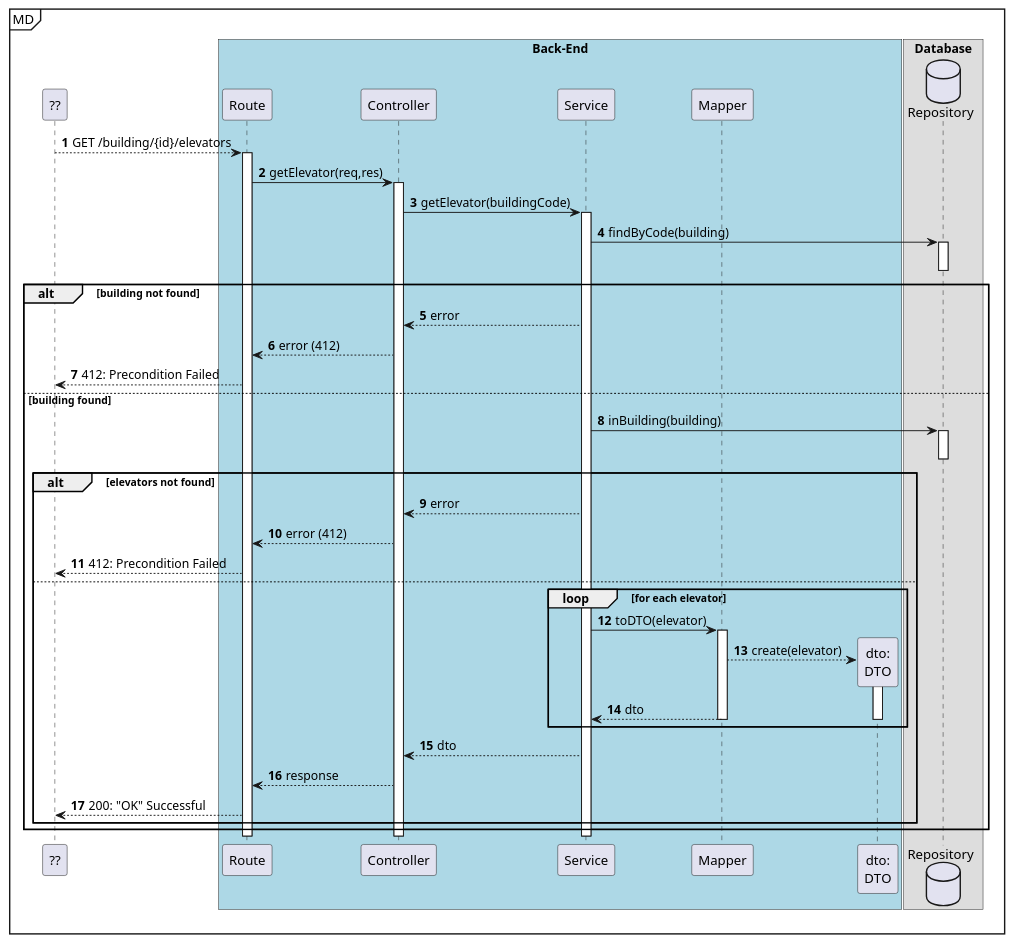
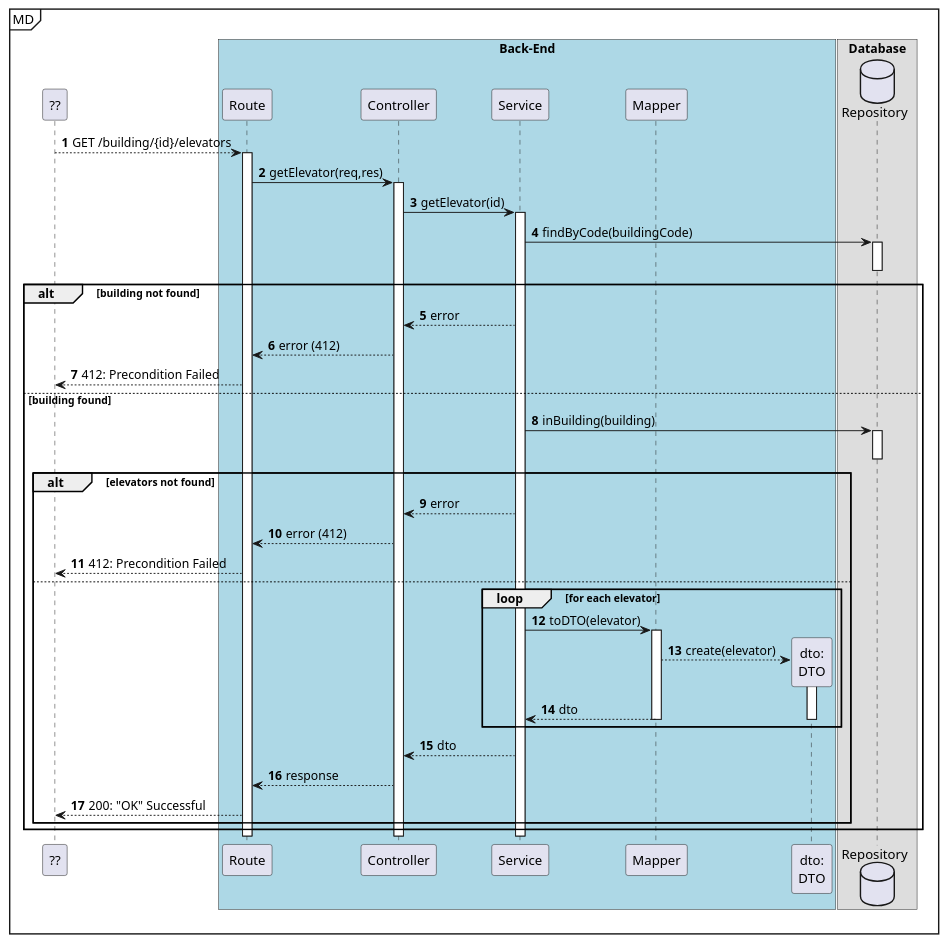
The diagram in docs/us290/level3/process-view.puml (Departamento-de-Engenharia-Informatica/lapr5-23-24-g19), drawn with PlantUML before and after one commit. The commit also changed 9 other files, not shown here.

```diff
--- a/docs/us290/level3/process-view.puml
+++ b/docs/us290/level3/process-view.puml
@@ -1,68 +1,68 @@
 @startuml
 autonumber
 
 participant "??" as ui
 
 mainframe MD
 box "Back-End" #LightBlue
 participant "Route" as r
 participant "Controller" as ctrl
 participant "Service" as svc
 
 
 participant "Mapper" as map
 participant "dto:\nDTO" as dto
 end box
 
 box "Database"
 database "Repository" as repo
 end box
 
 ui --> r: GET /building/{id}/elevators
     activate r
         r -> ctrl : getElevator(req,res)
         activate ctrl
-            ctrl -> svc : getElevator(buildingCode)
+            ctrl -> svc : getElevator(id)
             activate svc
-                svc -> repo : findByCode(building)
+                svc -> repo : findByCode(buildingCode)
                 activate repo
                 deactivate repo
 
                 alt building not found
                     svc --> ctrl : error
                     ctrl --> r : error (412)
                     ui<--r : 412: Precondition Failed
                 else building found
 
                     svc -> repo: inBuilding(building)
                     activate repo
                     deactivate repo
 
                     alt elevators not found
                         svc --> ctrl : error
                         ctrl --> r : error (412)
                         ui<--r : 412: Precondition Failed
 
                     else
 
                         loop for each elevator
 
                                 svc -> map : toDTO(elevator)
                             activate map
                                 map --> dto** : create(elevator)
                                 activate dto
                                     map --> svc : dto
                                 deactivate dto
                             deactivate map
                         end loop
                             svc --> ctrl : dto
                             ctrl --> r : response
                             ui<-- r : 200: "OK" Successful
 
                     end
                 end
             deactivate svc
         deactivate ctrl
     deactivate r
 
 @enduml
```
